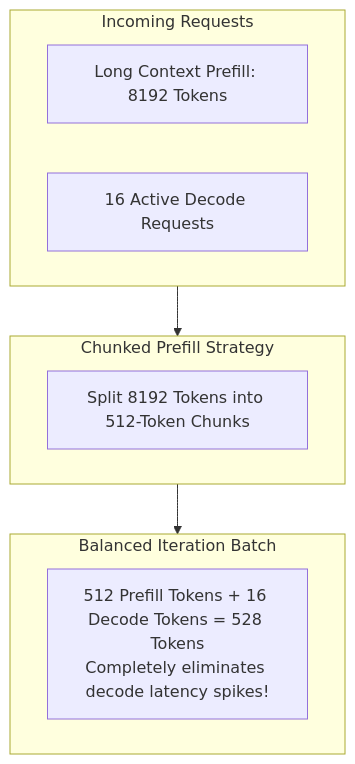
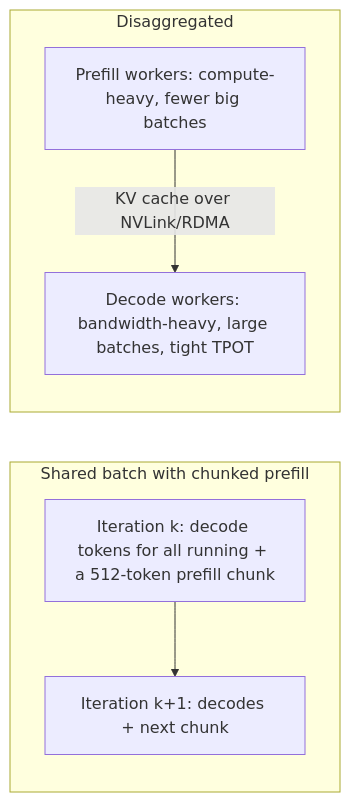
Before and after one commit to reddykarthikeya1/AI-Systems-Mastery: the diagram in 09_Inference_Systems_and_Serving_Engines/Module_06_Chunked_Prefill_and_PD_Disaggregation/01_README.md, drawn with Mermaid. The commit also changed other lines of this file and 54 other files, not shown here.

````diff
--- a/09_Inference_Systems_and_Serving_Engines/Module_06_Chunked_Prefill_and_PD_Disaggregation/01_README.md
+++ b/09_Inference_Systems_and_Serving_Engines/Module_06_Chunked_Prefill_and_PD_Disaggregation/01_README.md
@@ -6,17 +15,9 @@
 ```mermaid
-flowchart TD
-    subgraph RequestPool["Incoming Requests"]
-        LongPrefill["Long Context Prefill: 8192 Tokens"]
-        ActiveDecodes["16 Active Decode Requests"]
+flowchart LR
+    subgraph Shared["Shared batch with chunked prefill"]
+        I1["Iteration k: decode tokens for all running + a 512-token prefill chunk"] --> I2["Iteration k+1: decodes + next chunk"]
     end
-
-    subgraph Chunking["Chunked Prefill Strategy"]
-        Chunk["Split 8192 Tokens into 512-Token Chunks"]
+    subgraph Disagg["Disaggregated"]
+        P["Prefill workers: compute-heavy, fewer big batches"] -->|"KV cache over NVLink/RDMA"| D["Decode workers: bandwidth-heavy, large batches, tight TPOT"]
     end
-
-    subgraph Batch["Balanced Iteration Batch"]
-        Iter["512 Prefill Tokens + 16 Decode Tokens = 528 Tokens<br/>Completely eliminates decode latency spikes!"]
-    end
-
-    RequestPool --> Chunking --> Batch
 ```
````
